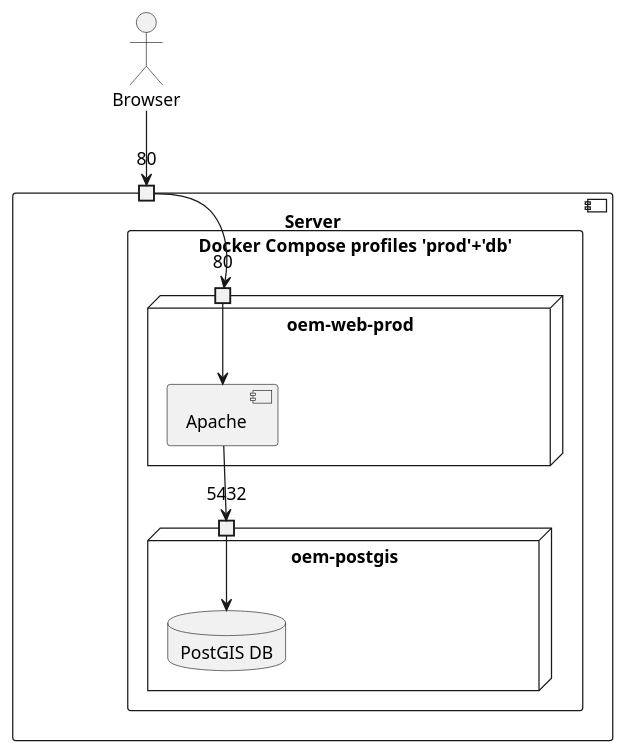
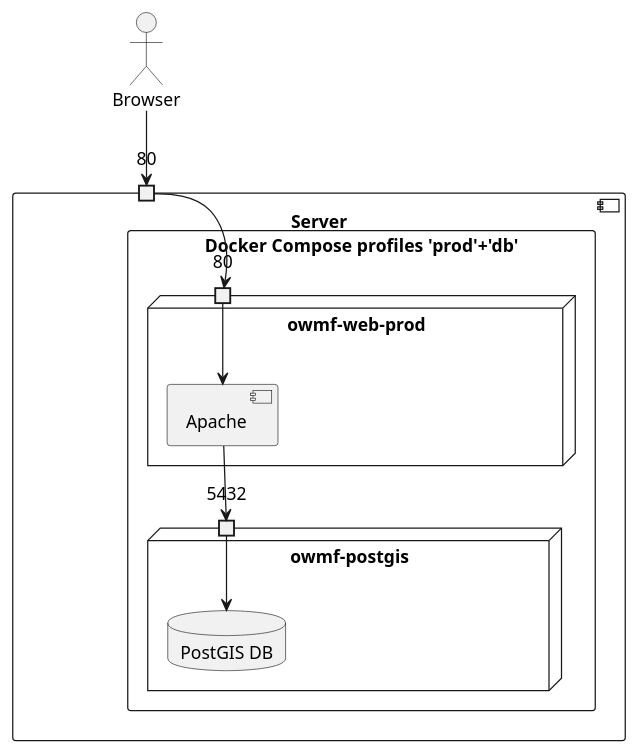
One commit to Danysan1/osm-wikidata-map-framework changed the diagram in images/deployment/prod+db.plantuml. Above: the diagram before and after it, drawn with PlantUML. The commit also changed 14 other files, not shown here.

Commit message:
Fix oem-* prefixes to owmf-* in docker compose

```diff
--- a/images/deployment/prod+db.plantuml
+++ b/images/deployment/prod+db.plantuml
@@ -1,27 +1,27 @@
 @startuml prod+db
 
 actor Browser
 component Server {
   port "80" as 80docker
   rectangle "Docker Compose profiles 'prod'+'db'" as docker {
-    node "oem-postgis" {
+    node "owmf-postgis" {
       port 5432 as 5432db
       database "PostGIS DB" as db
     }
-    node "oem-web-prod" {
+    node "owmf-web-prod" {
       port "80" as 80webProd
       component Apache
     }
   }
 }
 
 Apache --> 5432db
 
 Browser --> 80docker
 
 80docker --> 80webProd
 
 80webProd --> Apache
 5432db --> db
 
 @enduml
```
